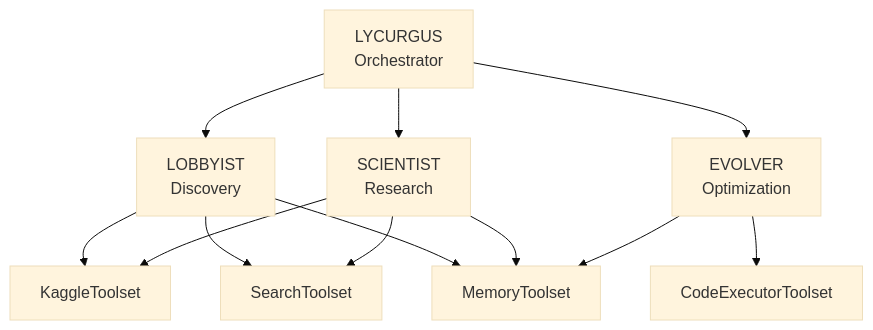
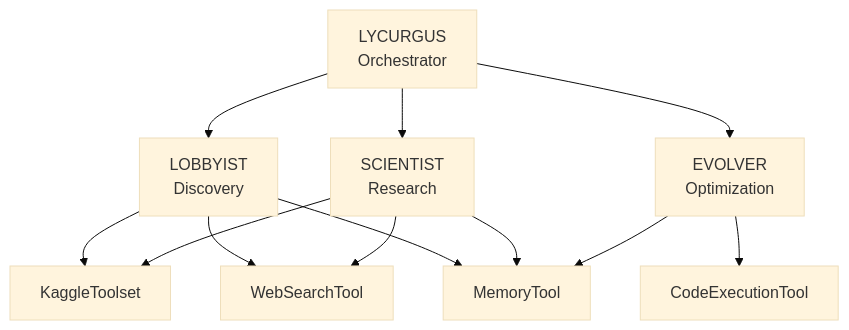
Before and after one commit to mikewcasale/agent-k: the diagram in backend/docs/concepts/agents.md, drawn with Mermaid (base theme). The commit also changed other lines of this file and 166 other files, not shown here.

First line of the commit message:
refactor: consolidate nested modules into single-file architecture

````diff
--- a/backend/docs/concepts/agents.md
+++ b/backend/docs/concepts/agents.md
@@ -7,17 +7,17 @@
 ```mermaid
 graph TB
     L[LYCURGUS<br/>Orchestrator] --> LB[LOBBYIST<br/>Discovery]
     L --> SC[SCIENTIST<br/>Research]
     L --> EV[EVOLVER<br/>Optimization]
     
     LB --> T1[KaggleToolset]
-    LB --> T2[SearchToolset]
-    LB --> T3[MemoryToolset]
+    LB --> T2[WebSearchTool]
+    LB --> T3[MemoryTool]
     
     SC --> T1
     SC --> T2
     SC --> T3
     
-    EV --> T4[CodeExecutorToolset]
+    EV --> T4[CodeExecutionTool]
     EV --> T3
 ```
````
